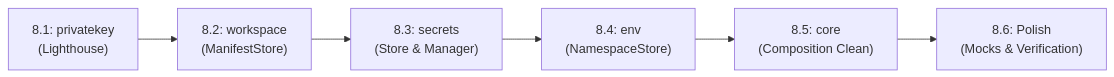
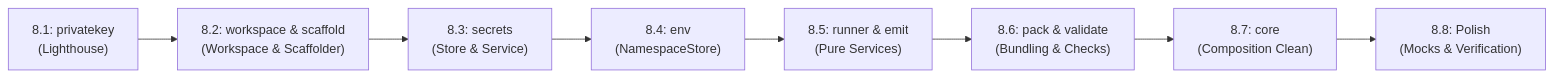
One commit to go-envx/envx changed the second of 2 diagrams in .plans/20260924-di-refactor.md. Above: the diagram before and after it, drawn with Mermaid. The commit also changed other lines of this file and 1 other file, not shown here.

````diff
--- a/.plans/20260924-di-refactor.md
+++ b/.plans/20260924-di-refactor.md
@@ -404,8 +1136,10 @@
 ```mermaid
 flowchart LR
-    Sub81["8.1: privatekey<br/>(Lighthouse)"] --> Sub82["8.2: workspace<br/>(ManifestStore)"]
-    Sub82 --> Sub83["8.3: secrets<br/>(Store & Manager)"]
+    Sub81["8.1: privatekey<br/>(Lighthouse)"] --> Sub82["8.2: workspace & scaffold<br/>(Workspace & Scaffolder)"]
+    Sub82 --> Sub83["8.3: secrets<br/>(Store & Service)"]
     Sub83 --> Sub84["8.4: env<br/>(NamespaceStore)"]
-    Sub84 --> Sub85["8.5: core<br/>(Composition Clean)"]
-    Sub85 --> Sub86["8.6: Polish<br/>(Mocks & Verification)"]
+    Sub84 --> Sub85["8.5: runner & emit<br/>(Pure Services)"]
+    Sub85 --> Sub86["8.6: pack & validate<br/>(Bundling & Checks)"]
+    Sub86 --> Sub87["8.7: core<br/>(Composition Clean)"]
+    Sub87 --> Sub88["8.8: Polish<br/>(Mocks & Verification)"]
 ```
````
